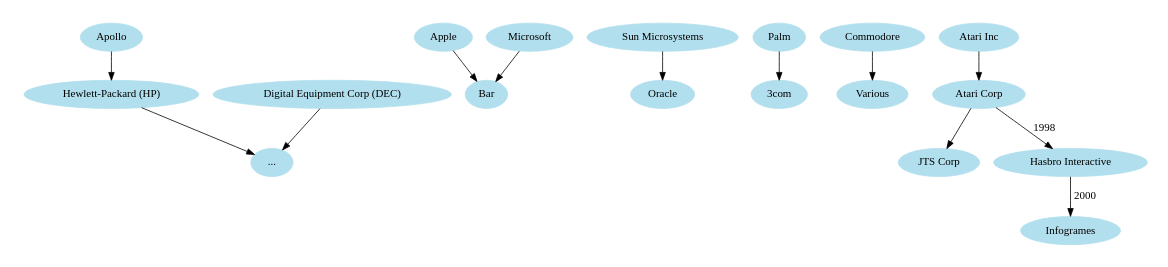
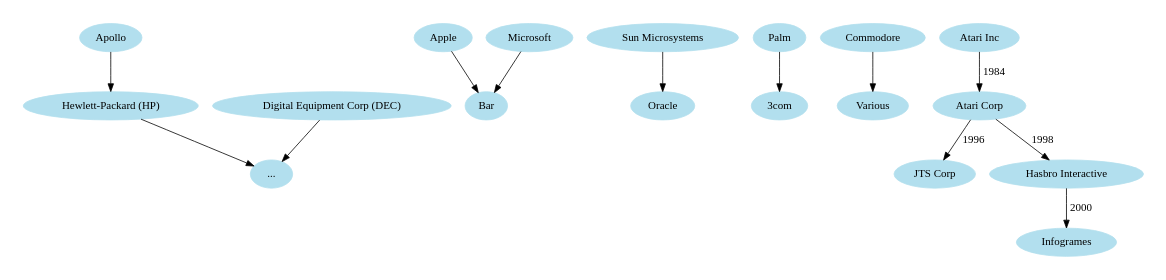
Before and after one commit to codejake/tech-companies-family-tree: the diagram in tech-companies.dot, drawn with Graphviz. The commit also changed 1 other file, not shown here.

```diff
--- a/tech-companies.dot
+++ b/tech-companies.dot
@@ -1,17 +1,17 @@
 digraph techcompanies {
     size="6,6";
     node [color=lightblue2, style=filled];
     "Apollo" -> "Hewlett-Packard (HP)"; /* Founded 1980, Acquired 1989 */
     "Digital Equipment Corp (DEC)" -> "...";
     "Hewlett-Packard (HP)" -> "...";
     "Apple" -> "Bar";
     "Microsoft" -> "Bar";
     "Sun Microsystems" -> "Oracle";
     "Palm" -> "3com";
     "Commodore" -> "Various";
-    "Atari Inc" -> "Atari Corp";
-    "Atari Corp" -> "JTS Corp";
+    "Atari Inc" -> "Atari Corp" [label="1984"];
+    "Atari Corp" -> "JTS Corp" [label="1996"];
     "Atari Corp" -> "Hasbro Interactive" [label="1998"];
     "Hasbro Interactive" -> "Infogrames" [label="2000"];
 
 }
```
